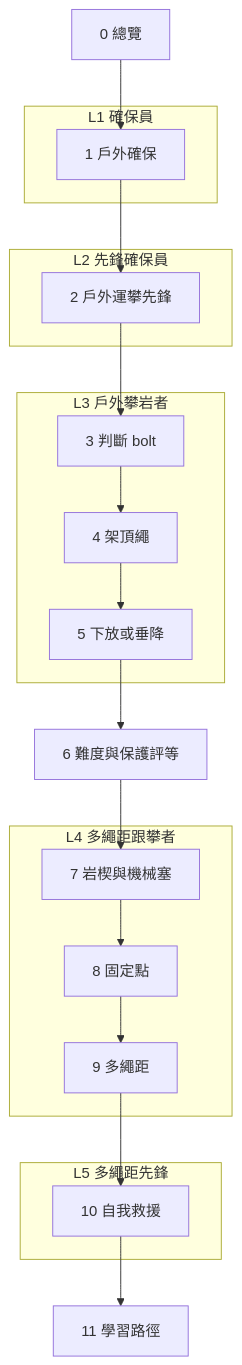
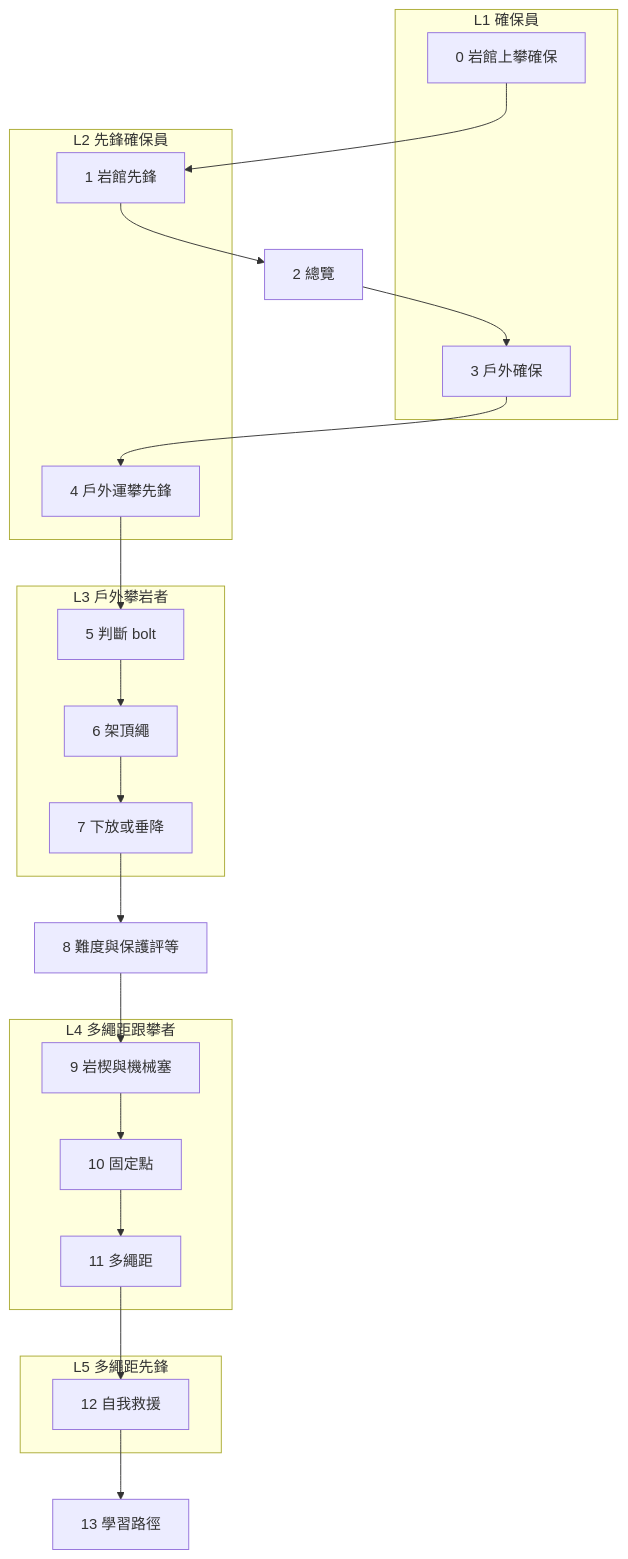
The diagram in src/content/posts/climbing/2026-10-17-sport-vs-trad-overview.md (vincentxuu/quidproquo), drawn with Mermaid before and after one commit. The commit also changed other lines of this file and 34 other files, not shown here.

````diff
--- a/src/content/posts/climbing/2026-10-17-sport-vs-trad-overview.md
+++ b/src/content/posts/climbing/2026-10-17-sport-vs-trad-overview.md
@@ -150,26 +150,28 @@
 ```mermaid
 flowchart TB
-  P0["0 總覽"]
   subgraph S1["L1 確保員"]
-    P1["1 戶外確保"]
+    P0["0 岩館上攀確保"]
+    P3["3 戶外確保"]
   end
   subgraph S2["L2 先鋒確保員"]
-    P2["2 戶外運攀先鋒"]
+    P1["1 岩館先鋒"]
+    P4["4 戶外運攀先鋒"]
   end
+  P2["2 總覽"]
   subgraph S3["L3 戶外攀岩者"]
-    P3["3 判斷 bolt"]
-    P4["4 架頂繩"]
-    P5["5 下放或垂降"]
+    P5["5 判斷 bolt"]
+    P6["6 架頂繩"]
+    P7["7 下放或垂降"]
   end
-  P6["6 難度與保護評等"]
+  P8["8 難度與保護評等"]
   subgraph S4["L4 多繩距跟攀者"]
-    P7["7 岩楔與機械塞"]
-    P8["8 固定點"]
-    P9["9 多繩距"]
+    P9["9 岩楔與機械塞"]
+    P10["10 固定點"]
+    P11["11 多繩距"]
   end
   subgraph S5["L5 多繩距先鋒"]
-    P10["10 自我救援"]
+    P12["12 自我救援"]
   end
-  P11["11 學習路徑"]
-  P0 --> P1 --> P2 --> P3 --> P4 --> P5 --> P6 --> P7 --> P8 --> P9 --> P10 --> P11
+  P13["13 學習路徑"]
+  P0 --> P1 --> P2 --> P3 --> P4 --> P5 --> P6 --> P7 --> P8 --> P9 --> P10 --> P11 --> P12 --> P13
 ```
````
